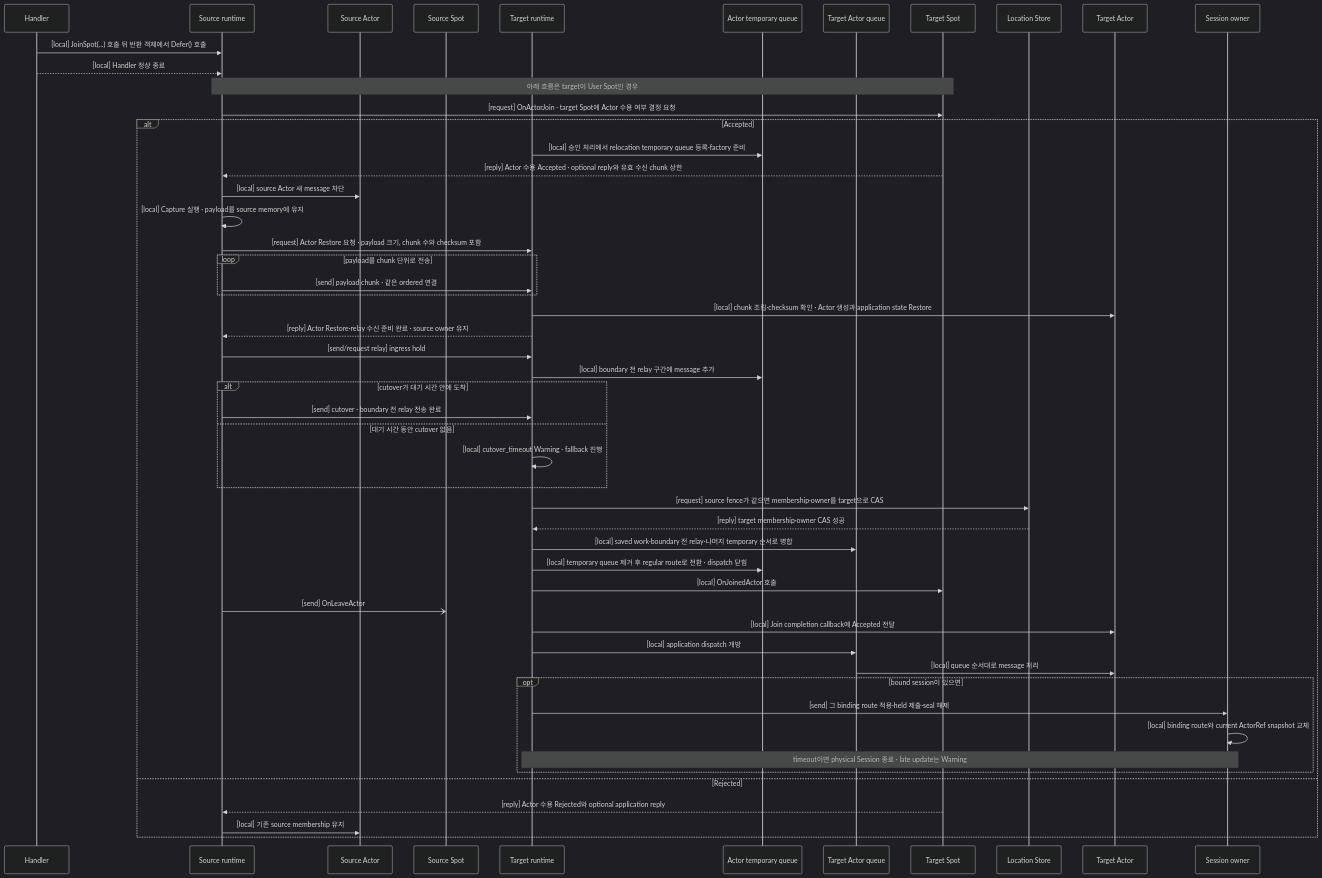
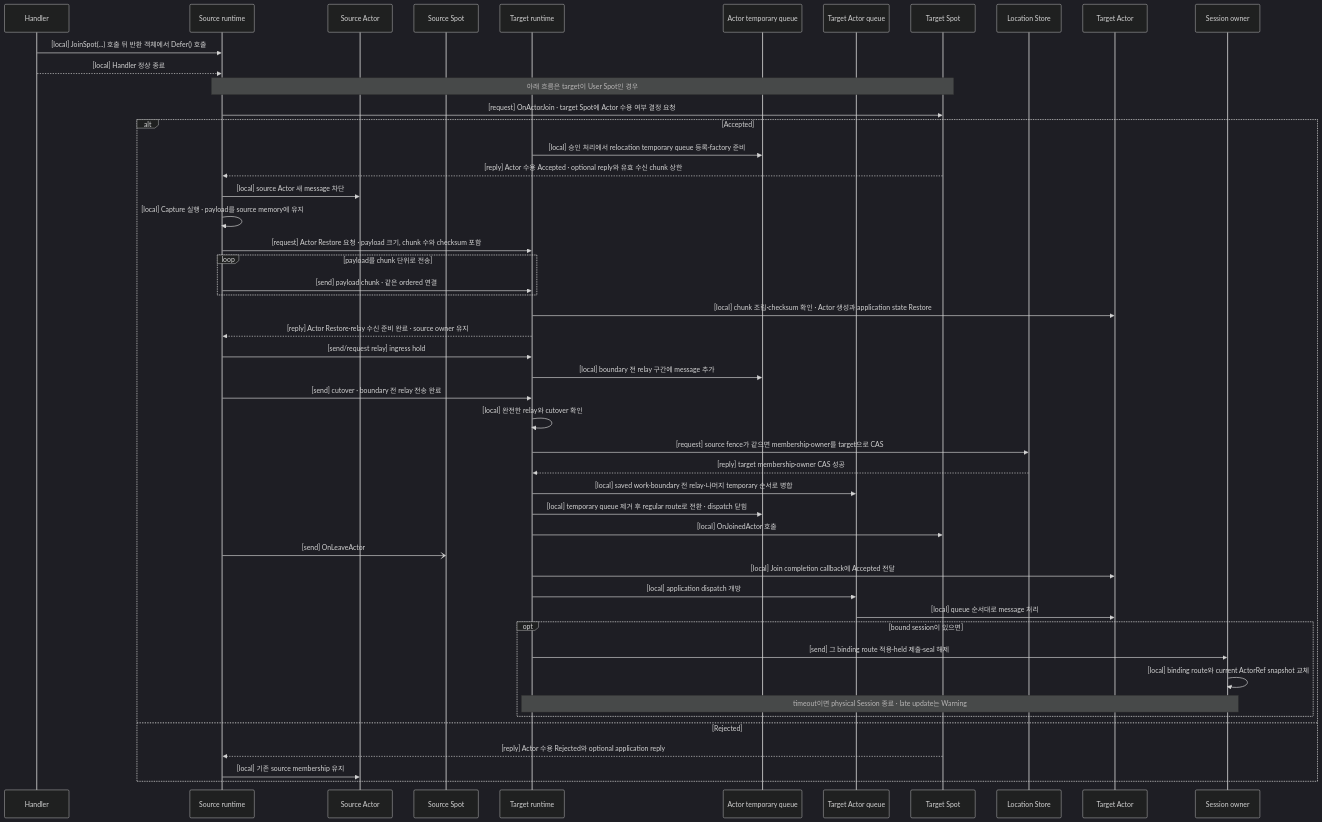
Before and after one commit to zlink-systems/zlink: the second of 3 diagrams in framework/doc/framework/common/spec/server/03-spot-actor/05-spot-actor-membership.ko.md, drawn with Mermaid (dark theme). The commit also changed other lines of this file and 73 other files, not shown here.

````diff
--- a/framework/doc/framework/common/spec/server/03-spot-actor/05-spot-actor-membership.ko.md
+++ b/framework/doc/framework/common/spec/server/03-spot-actor/05-spot-actor-membership.ko.md
@@ -512,55 +511,52 @@
 ```mermaid
 sequenceDiagram
     participant Handler
     participant SourceRuntime as Source runtime
     participant SourceActor as Source Actor
     participant SourceSpot as Source Spot
     participant TargetRuntime as Target runtime
     participant TargetTemp as Actor temporary queue
     participant TargetQueue as Target Actor queue
     participant TargetSpot as Target Spot
     participant LocationStore as Location Store
     participant TargetActor as Target Actor
     participant SessionOwner as Session owner
 
     Handler->>SourceRuntime: [local] JoinSpot(...) 호출 뒤 반환 객체에서 Defer() 호출
     Handler-->>SourceRuntime: [local] Handler 정상 종료
     Note over SourceRuntime,TargetSpot: 아래 흐름은 target이 User Spot인 경우
     SourceRuntime->>TargetSpot: [request] OnActorJoin · target Spot에 Actor 수용 여부 결정 요청
     alt Accepted
         TargetRuntime->>TargetTemp: [local] 승인 처리에서 relocation temporary queue 등록·factory 준비
         TargetSpot-->>SourceRuntime: [reply] Actor 수용 Accepted · optional reply와 유효 수신 chunk 상한
         SourceRuntime->>SourceActor: [local] source Actor 새 message 차단
         SourceRuntime->>SourceRuntime: [local] Capture 실행 · payload를 source memory에 유지
         SourceRuntime->>TargetRuntime: [request] Actor Restore 요청 · payload 크기, chunk 수와 checksum 포함
         loop payload를 chunk 단위로 전송
             SourceRuntime->>TargetRuntime: [send] payload chunk · 같은 ordered 연결
         end
         TargetRuntime->>TargetActor: [local] chunk 조립·checksum 확인 · Actor 생성과 application state Restore
         TargetRuntime-->>SourceRuntime: [reply] Actor Restore·relay 수신 준비 완료 · source owner 유지
         SourceRuntime->>TargetRuntime: [send/request relay] ingress hold
         TargetRuntime->>TargetTemp: [local] boundary 전 relay 구간에 message 추가
-        alt cutover가 대기 시간 안에 도착
-            SourceRuntime->>TargetRuntime: [send] cutover · boundary 전 relay 전송 완료
-        else 대기 시간 동안 cutover 없음
-            TargetRuntime->>TargetRuntime: [local] cutover_timeout Warning · fallback 진행
-        end
+        SourceRuntime->>TargetRuntime: [send] cutover · boundary 전 relay 전송 완료
+        TargetRuntime->>TargetRuntime: [local] 완전한 relay와 cutover 확인
         TargetRuntime->>LocationStore: [request] source fence가 같으면 membership·owner를 target으로 CAS
         LocationStore-->>TargetRuntime: [reply] target membership·owner CAS 성공
         TargetRuntime->>TargetQueue: [local] saved work·boundary 전 relay·나머지 temporary 순서로 병합
         TargetRuntime->>TargetTemp: [local] temporary queue 제거 후 regular route로 전환 · dispatch 닫힘
         TargetRuntime->>TargetSpot: [local] OnJoinedActor 호출
         SourceRuntime-)SourceSpot: [send] OnLeaveActor
         TargetRuntime->>TargetActor: [local] Join completion callback에 Accepted 전달
         TargetRuntime->>TargetQueue: [local] application dispatch 개방
         TargetQueue->>TargetActor: [local] queue 순서대로 message 처리
         opt bound session이 있으면
             TargetRuntime->>SessionOwner: [send] 그 binding route 적용·held 제출·seal 해제
             SessionOwner->>SessionOwner: [local] binding route와 current ActorRef snapshot 교체
             Note over TargetRuntime,SessionOwner: timeout이면 physical Session 종료 · late update는 Warning
         end
     else Rejected
         TargetSpot-->>SourceRuntime: [reply] Actor 수용 Rejected와 optional application reply
         SourceRuntime->>SourceActor: [local] 기존 source membership 유지
     end
 ```
````
